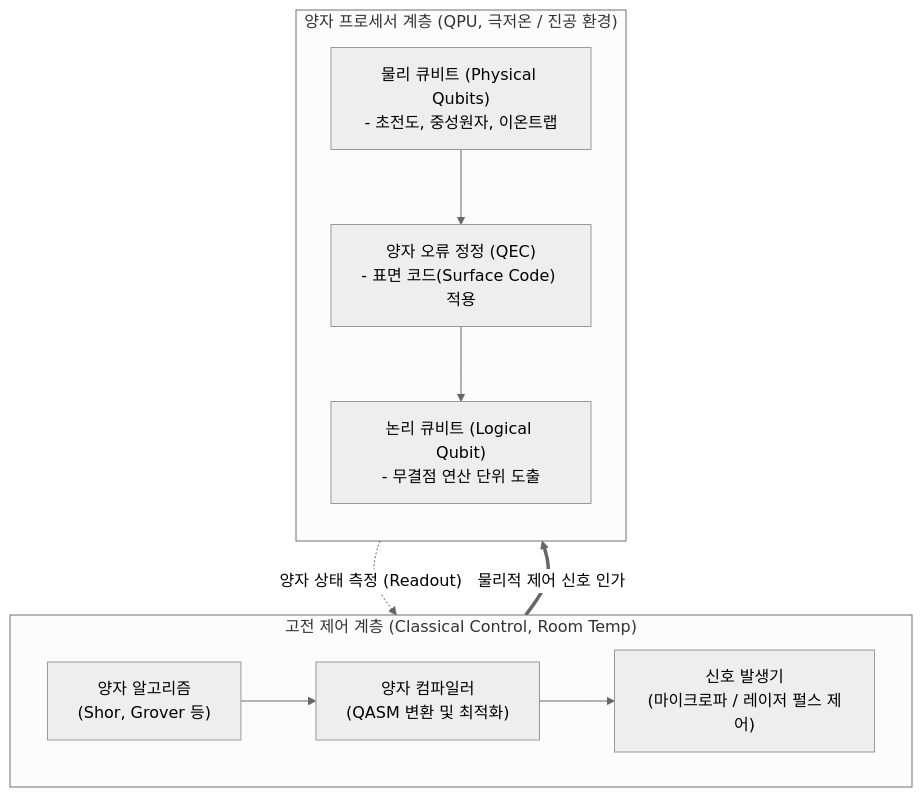
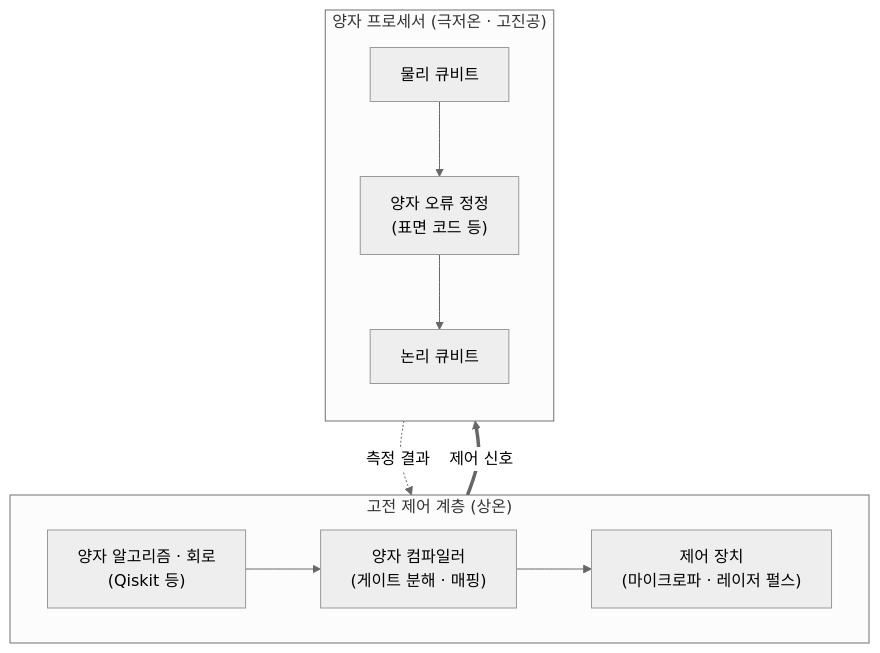
One commit to supremethumb/supremethumb.github.io changed the diagram in content/01_IT Tech/양자컴퓨터.md. Above: the diagram before and after it, drawn with Mermaid (neutral theme). The commit also changed other lines of this file and 1087 other files, not shown here.

````diff
--- a/content/01_IT Tech/양자컴퓨터.md
+++ b/content/01_IT Tech/양자컴퓨터.md
@@ -27,23 +36,19 @@
 ```mermaid
 flowchart TB
-    subgraph Classical_Control ["고전 제어 계층 (Classical Control, Room Temp)"]
+    subgraph Classical ["고전 제어 계층 (상온)"]
         direction LR
-        Algo["양자 알고리즘<br/>(Shor, Grover 등)"]
-        Compiler["양자 컴파일러<br/>(QASM 변환 및 최적화)"]
-        Controller["신호 발생기<br/>(마이크로파 / 레이저 펄스 제어)"]
+        Algo["양자 알고리즘 · 회로<br/>(Qiskit 등)"]
+        Compiler["양자 컴파일러<br/>(게이트 분해 · 매핑)"]
+        Controller["제어 장치<br/>(마이크로파 · 레이저 펄스)"]
         Algo --> Compiler --> Controller
     end
-    
-    subgraph QPU_Env ["양자 프로세서 계층 (QPU, 극저온 / 진공 환경)"]
+    subgraph QPU ["양자 프로세서 (극저온 · 고진공)"]
         direction TB
-        Physical["물리 큐비트 (Physical Qubits)<br/>- 초전도, 중성원자, 이온트랩"]
-        QEC["양자 오류 정정 (QEC)<br/>- 표면 코드(Surface Code) 적용"]
-        Logical["논리 큐비트 (Logical Qubit)<br/>- 무결점 연산 단위 도출"]
-        
+        Physical["물리 큐비트"]
+        QEC["양자 오류 정정<br/>(표면 코드 등)"]
+        Logical["논리 큐비트"]
         Physical --> QEC --> Logical
     end
-    
-    Controller ==>|"물리적 제어 신호 인가"| Physical
-    Logical -.->|"양자 상태 측정 (Readout)"| Classical_Control
-
+    Controller ==>|"제어 신호"| Physical
+    Logical -.->|"측정 결과"| Classical
 ```
````
